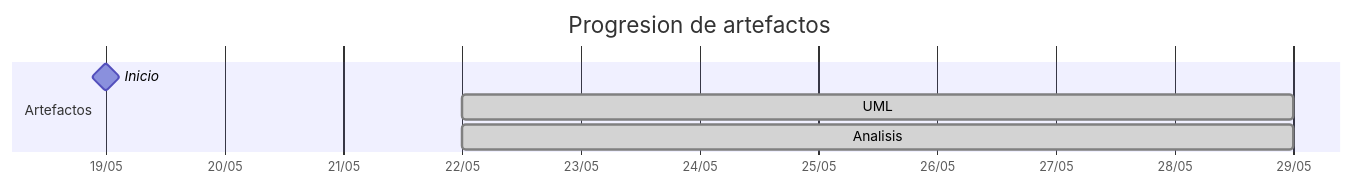
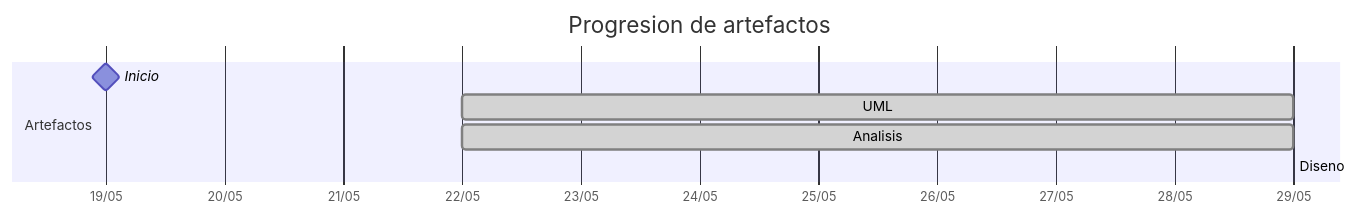
One commit to carlos-alvarado-25/25-26-idsw2-sdVC changed the diagram in TIMELINES/31Diego.md. Above: the diagram before and after it, drawn with Mermaid. The commit also changed other lines of this file and 4 other files, not shown here.

````diff
--- a/TIMELINES/31Diego.md
+++ b/TIMELINES/31Diego.md
@@ -19,10 +19,11 @@
 ```mermaid
 gantt
     title Progresion de artefactos
     dateFormat YYYY-MM-DD
     axisFormat %d/%m
     section Artefactos
         Inicio       :milestone, 2026-05-19, 0d
         UML          :done, 2026-05-22, 2026-05-29
         Analisis     :done, 2026-05-22, 2026-05-29
+        Diseno       :done, 2026-05-29, 2026-05-29
 ```
````
